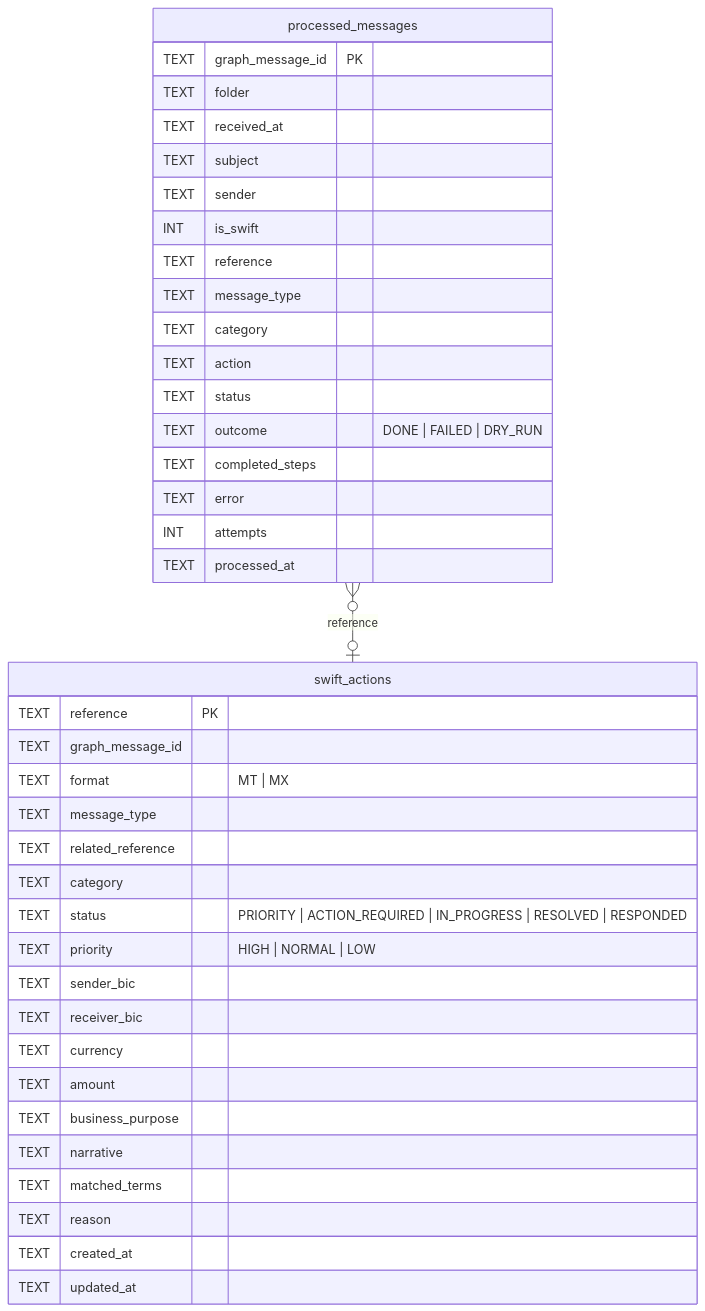
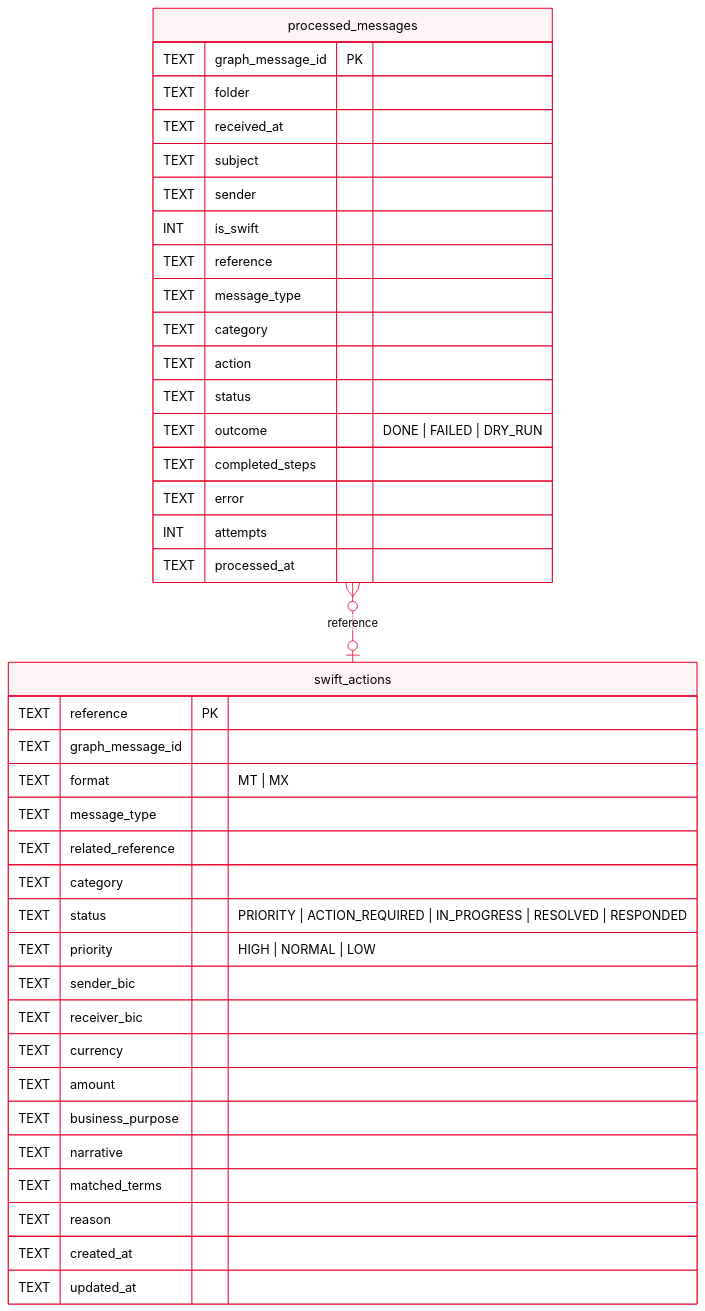
The fifth of 6 diagrams in docs/architecture/solution-architecture.md (shreyapalavalli/swift-mailbox-monitor), drawn with Mermaid before and after one commit. The commit also changed other lines of this file and 2 other files, not shown here.

Commit message:
docs: SG red/black/white styling for the architecture doc (banner, at-a-glance card, themed diagrams)

````diff
--- a/docs/architecture/solution-architecture.md
+++ b/docs/architecture/solution-architecture.md
@@ -149,42 +211,43 @@
 ```mermaid
+%%{init: {'theme':'base','themeVariables':{'primaryColor':'#fff5f6','primaryTextColor':'#000000','primaryBorderColor':'#E60028','lineColor':'#E60028','textColor':'#000000','attributeBackgroundColorOdd':'#ffffff','attributeBackgroundColorEven':'#fff5f6','tertiaryColor':'#ffffff'}}}%%
 erDiagram
     processed_messages {
         TEXT graph_message_id PK
         TEXT folder
         TEXT received_at
         TEXT subject
         TEXT sender
         INT  is_swift
         TEXT reference
         TEXT message_type
         TEXT category
         TEXT action
         TEXT status
         TEXT outcome "DONE | FAILED | DRY_RUN"
         TEXT completed_steps
         TEXT error
         INT  attempts
         TEXT processed_at
     }
     swift_actions {
         TEXT reference PK
         TEXT graph_message_id
         TEXT format "MT | MX"
         TEXT message_type
         TEXT related_reference
         TEXT category
         TEXT status "PRIORITY | ACTION_REQUIRED | IN_PROGRESS | RESOLVED | RESPONDED"
         TEXT priority "HIGH | NORMAL | LOW"
         TEXT sender_bic
         TEXT receiver_bic
         TEXT currency
         TEXT amount
         TEXT business_purpose
         TEXT narrative
         TEXT matched_terms
         TEXT reason
         TEXT created_at
         TEXT updated_at
     }
     processed_messages }o--o| swift_actions : "reference"
 ```
````
